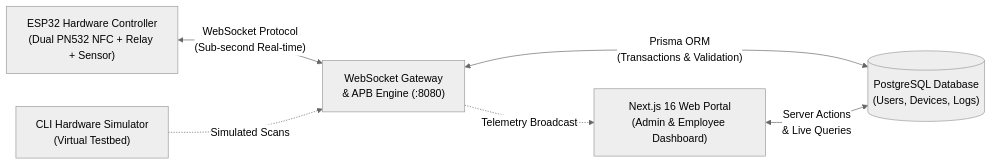
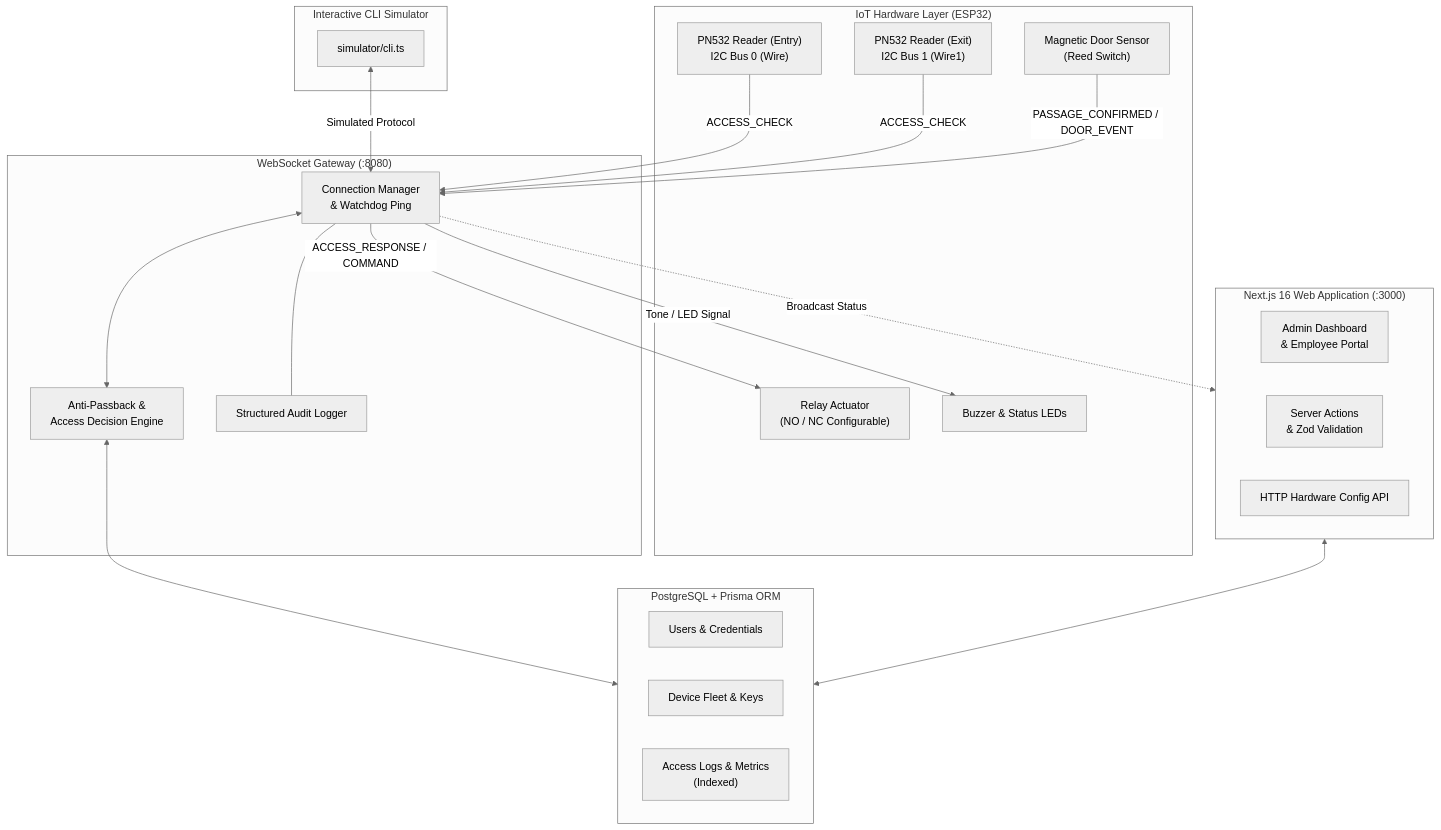
Before and after one commit to dima91020/KeyFlowy: the diagram in README.md, drawn with Mermaid (neutral theme). The commit also changed 1 other file, not shown here.

Commit message:
refactor(ui): restore detailed system architecture diagram in README and remove navigation links from landing header

````diff
--- a/README.md
+++ b/README.md
@@ -27,8 +27,46 @@
 ```mermaid
-flowchart LR
-    A["ESP32 Hardware Controller\n(Dual PN532 NFC + Relay + Sensor)"] <-->|"WebSocket Protocol\n(Sub-second Real-time)"| B["WebSocket Gateway\n& APB Engine (:8080)"]
-    B <-->|"Prisma ORM\n(Transactions & Validation)"| C[("PostgreSQL Database\n(Users, Devices, Logs)")]
-    D["Next.js 16 Web Portal\n(Admin & Employee Dashboard)"] <-->|"Server Actions\n& Live Queries"| C
-    B -.->|"Telemetry Broadcast"| D
-    E["CLI Hardware Simulator\n(Virtual Testbed)"] -.->|"Simulated Scans"| B
+flowchart TB
+    subgraph Hardware["IoT Hardware Layer (ESP32)"]
+        NFC_IN["PN532 Reader (Entry)\nI2C Bus 0 (Wire)"]
+        NFC_OUT["PN532 Reader (Exit)\nI2C Bus 1 (Wire1)"]
+        RELAY["Relay Actuator\n(NO / NC Configurable)"]
+        SENSOR["Magnetic Door Sensor\n(Reed Switch)"]
+        BUZZER["Buzzer & Status LEDs"]
+    end
+
+    subgraph Gateway["WebSocket Gateway (:8080)"]
+        WS_SRV["Connection Manager\n& Watchdog Ping"]
+        APB_ENG["Anti-Passback &\nAccess Decision Engine"]
+        LOGGER["Structured Audit Logger"]
+    end
+
+    subgraph WebApp["Next.js 16 Web Application (:3000)"]
+        DASH["Admin Dashboard\n& Employee Portal"]
+        ACTIONS["Server Actions\n& Zod Validation"]
+        API["HTTP Hardware Config API"]
+    end
+
+    subgraph Database["PostgreSQL + Prisma ORM"]
+        USERS["Users & Credentials"]
+        DEVICES["Device Fleet & Keys"]
+        LOGS["Access Logs & Metrics\n(Indexed)"]
+    end
+
+    subgraph Simulator["Interactive CLI Simulator"]
+        SIM_CLI["simulator/cli.ts"]
+    end
+
+    NFC_IN -->|ACCESS_CHECK| WS_SRV
+    NFC_OUT -->|ACCESS_CHECK| WS_SRV
+    SENSOR -->|PASSAGE_CONFIRMED / DOOR_EVENT| WS_SRV
+    WS_SRV -->|ACCESS_RESPONSE / COMMAND| RELAY
+    WS_SRV -->|Tone / LED Signal| BUZZER
+
+    SIM_CLI <-->|Simulated Protocol| WS_SRV
+
+    WS_SRV <--> APB_ENG
+    APB_ENG <--> Database
+    WS_SRV --- LOGGER
+    WebApp <--> Database
+    WS_SRV -.->|Broadcast Status| WebApp
 ```
````
